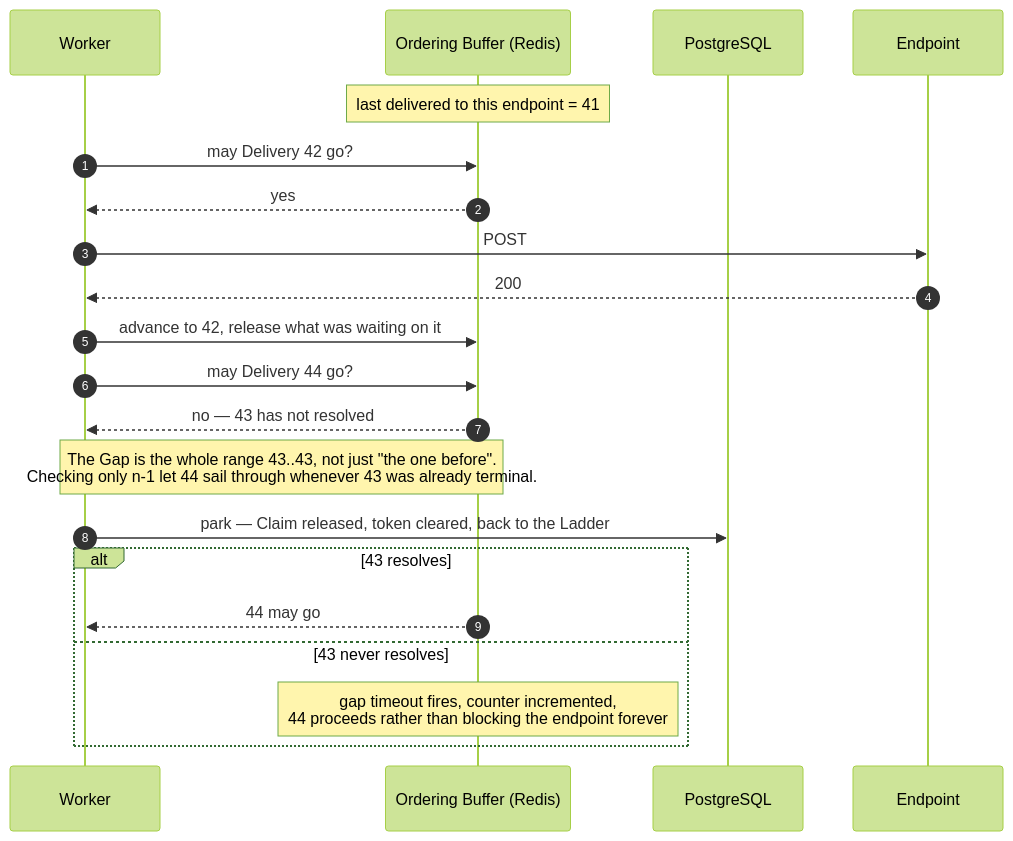
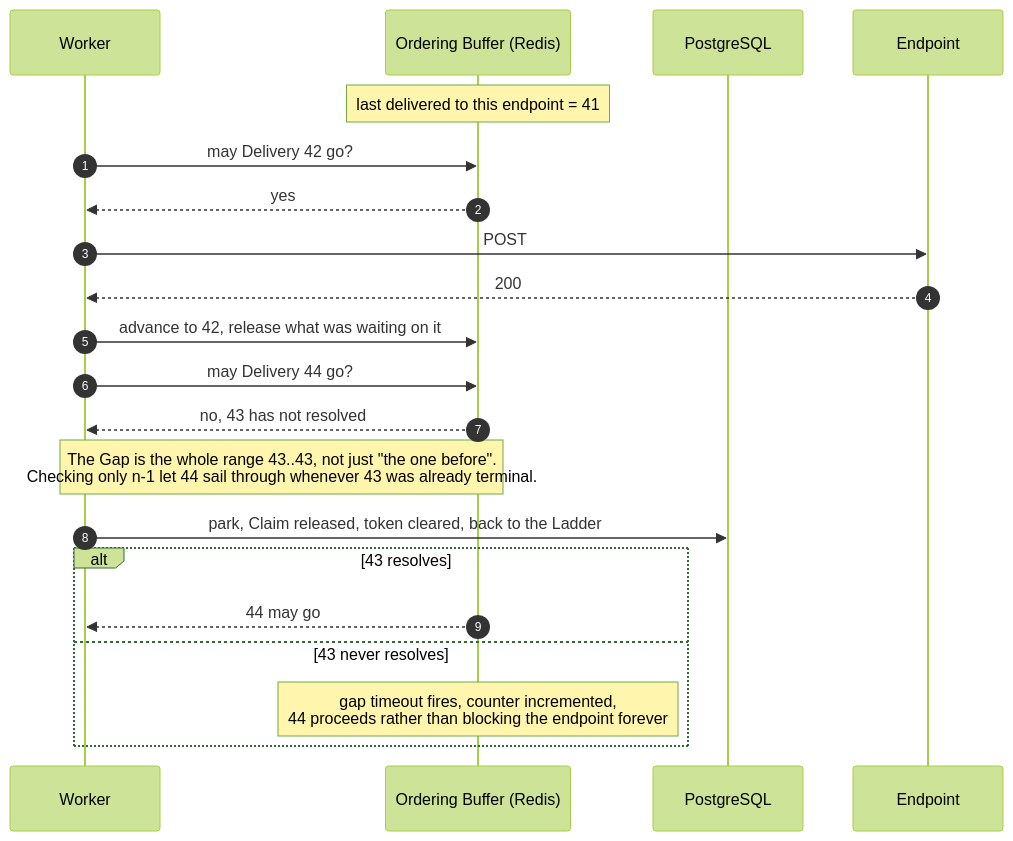
One commit to vadymkykalo/railhook changed the tenth of 14 diagrams in docs/ARCHITECTURE.md. Above: the diagram before and after it, drawn with Mermaid (forest theme). The commit also changed other lines of this file and 1 other file, not shown here.

Commit message:
docs: halve the prose in ARCHITECTURE and OPERATIONS, keep diagrams and procedures

````diff
--- a/docs/ARCHITECTURE.md
+++ b/docs/ARCHITECTURE.md
@@ -477,27 +414,27 @@
 ```mermaid
 sequenceDiagram
     autonumber
     participant W as Worker
     participant OB as Ordering Buffer (Redis)
     participant DB as PostgreSQL
     participant EP as Endpoint
 
     Note over OB: last delivered to this endpoint = 41
 
     W->>OB: may Delivery 42 go?
     OB-->>W: yes
     W->>EP: POST
     EP-->>W: 200
     W->>OB: advance to 42, release what was waiting on it
 
     W->>OB: may Delivery 44 go?
-    OB-->>W: no — 43 has not resolved
+    OB-->>W: no, 43 has not resolved
     Note over W,OB: The Gap is the whole range 43..43, not just "the one before".<br/>Checking only n-1 let 44 sail through whenever 43 was already terminal.
-    W->>DB: park — Claim released, token cleared, back to the Ladder
+    W->>DB: park, Claim released, token cleared, back to the Ladder
 
     alt 43 resolves
         OB-->>W: 44 may go
     else 43 never resolves
         Note over OB: gap timeout fires, counter incremented,<br/>44 proceeds rather than blocking the endpoint forever
     end
 ```
````
